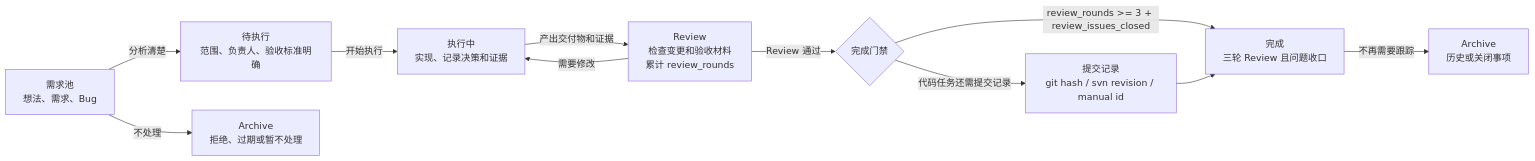
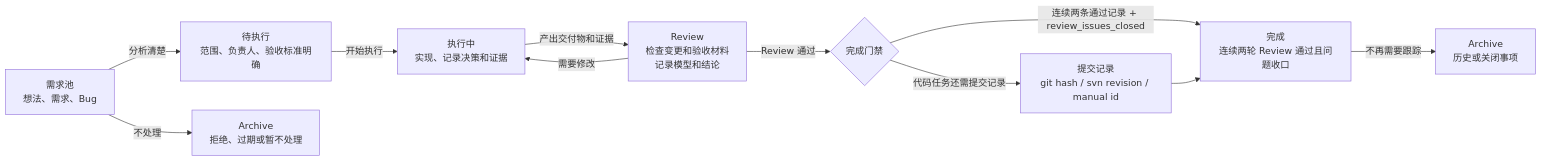
One commit to giarld/skills changed the first of 2 diagrams in obsidian-project-workflow/README.md. Above: the diagram before and after it, drawn with Mermaid. The commit also changed other lines of this file and 5 other files, not shown here.

````diff
--- a/obsidian-project-workflow/README.md
+++ b/obsidian-project-workflow/README.md
@@ -90,21 +90,21 @@
 ```mermaid
 flowchart LR
     idea["需求池<br/>想法、需求、Bug"]
     ready["待执行<br/>范围、负责人、验收标准明确"]
     doing["执行中<br/>实现、记录决策和证据"]
-    review["Review<br/>检查变更和验收材料<br/>累计 review_rounds"]
-    done["完成<br/>三轮 Review 且问题收口"]
+    review["Review<br/>检查变更和验收材料<br/>记录模型和结论"]
+    done["完成<br/>连续两轮 Review 通过且问题收口"]
     archive["Archive<br/>历史或关闭事项"]
     rejected["Archive<br/>拒绝、过期或暂不处理"]
 
     idea -->|"分析清楚"| ready
     idea -->|"不处理"| rejected
     ready -->|"开始执行"| doing
     doing -->|"产出交付物和证据"| review
     review -->|"需要修改"| doing
     review -->|"Review 通过"| gate{"完成门禁"}
-    gate -->|"review_rounds >= 3 + review_issues_closed"| done
+    gate -->|"连续两条通过记录 + review_issues_closed"| done
     gate -->|"代码任务还需提交记录"| commit["提交记录<br/>git hash / svn revision / manual id"]
     commit --> done
     done -->|"不再需要跟踪"| archive
 ```
````
